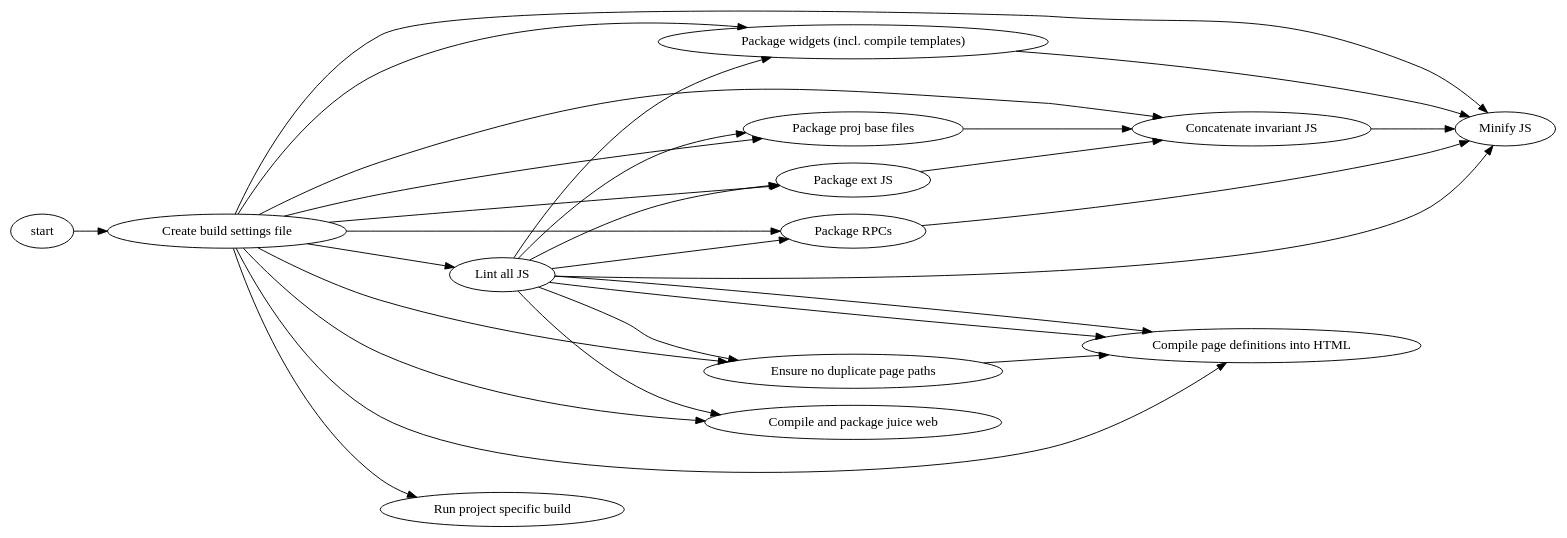
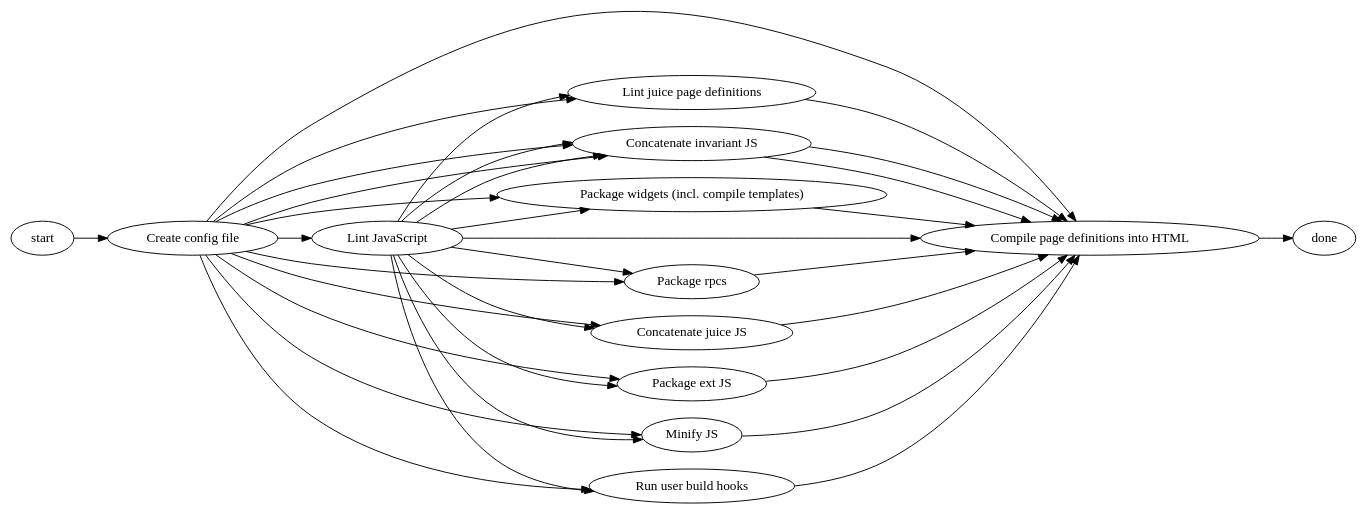
One commit to glowe/juice changed the diagram in docs/build_process.dot. Above: the diagram before and after it, drawn with Graphviz.

Commit message:
Updated build process to latest.

```diff
--- a/docs/build_process.dot
+++ b/docs/build_process.dot
@@ -1,61 +1,61 @@
 // dot -Tps -O build_process.dot
 
 digraph build_process
 {
     center=true;
     rankdir=LR;
 
-build_settings         [label="Create build settings file"];
-concatenate            [label="Concatenate invariant JS"];
-external_pkg           [label="Package ext JS "];
-juice_web              [label="Compile and package juice web"];
-unique_pages           [label="Ensure no duplicate page paths"];
+config                 [label="Create config file"];
+lint_js                [label="Lint JavaScript"]
+lint_pages             [label="Lint juice page definitions"]
+concatenate_base       [label="Concatenate invariant JS"];
+package_widgets        [label="Package widgets (incl. compile templates)"]
+package_rpcs           [label="Package rpcs"]
+juice                  [label="Concatenate juice JS"];
+package_ext            [label="Package ext JS"];
 minify                 [label="Minify JS"];
 pages                  [label="Compile page definitions into HTML"];
-proj_base              [label="Package proj base files"];
-proj_special           [label="Run project specific build"];
-rpc_pkgs               [label="Package RPCs"];
+proj_special           [label="Run user build hooks"];
 start                  [label="start"];
-syntactically_valid_js [label="Lint all JS"];
-widget_pkgs            [label="Package widgets (incl. compile templates)"];
+done                   [label="done"];
 
-start                  -> build_settings;
 
-build_settings         -> syntactically_valid_js;
+start  -> config;
+config -> lint_js;
 
-build_settings         -> juice_web;
-syntactically_valid_js -> juice_web;
 
-build_settings         -> external_pkg;
-syntactically_valid_js -> external_pkg;
+config -> lint_pages;
+config -> concatenate_base;
+config -> package_widgets;
+config -> package_rpcs;
+config -> juice;
+config -> package_ext;
+config -> minify;
+config -> pages;
+config -> concatenate_base;
+config -> proj_special;
 
-build_settings         -> proj_base;
-syntactically_valid_js -> proj_base;
+lint_js -> lint_pages;
+lint_js -> concatenate_base;
+lint_js -> package_widgets;
+lint_js -> package_rpcs;
+lint_js -> juice;
+lint_js -> package_ext;
+lint_js -> minify;
+lint_js -> pages;
+lint_js -> concatenate_base;
+lint_js -> proj_special;
 
-build_settings         -> rpc_pkgs;
-syntactically_valid_js -> rpc_pkgs;
+lint_pages -> pages;
+concatenate_base -> pages;
+package_widgets -> pages;
+package_rpcs -> pages;
+juice -> pages;
+package_ext -> pages;
+minify -> pages;
+concatenate_base -> pages;
+proj_special -> pages;
 
-build_settings         -> widget_pkgs;
-syntactically_valid_js -> widget_pkgs;
-
-build_settings         -> unique_pages;
-syntactically_valid_js -> unique_pages;
-
-build_settings         -> pages;
-syntactically_valid_js -> pages;
-unique_pages           -> pages;
-
-build_settings         -> concatenate;
-external_pkg           -> concatenate;
-proj_base              -> concatenate;
-syntactically_valid_js -> pages;
-
-build_settings         -> minify;
-concatenate            -> minify;
-widget_pkgs            -> minify;
-rpc_pkgs               -> minify;
-syntactically_valid_js -> minify;
-
-build_settings         -> proj_special;
+pages->done;
 
 }
```
